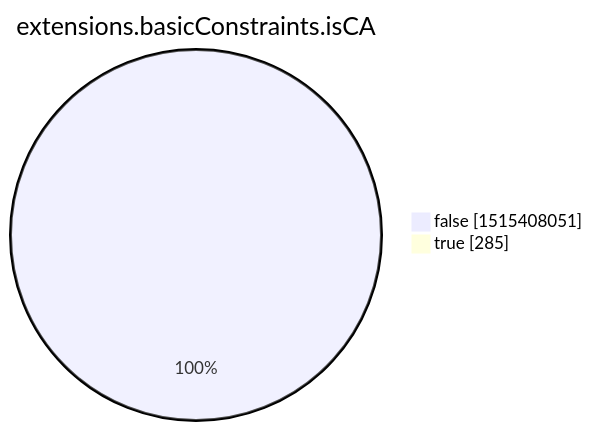
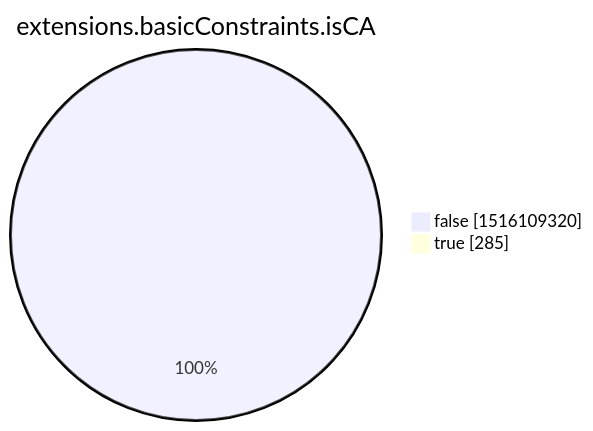
Before and after one commit to christiankrug/ctmonitor_visualization: the eighth of 15 diagrams in xenon2022/README.md, drawn with Mermaid. The commit also changed other lines of this file, not shown here.

````diff
--- a/xenon2022/README.md
+++ b/xenon2022/README.md
@@ -2854,6 +2854,6 @@
 ```mermaid
 pie showData
 title extensions.basicConstraints.isCA
-"false" :1515408051
+"false" :1516109320
 "true" :285
 ```
````
